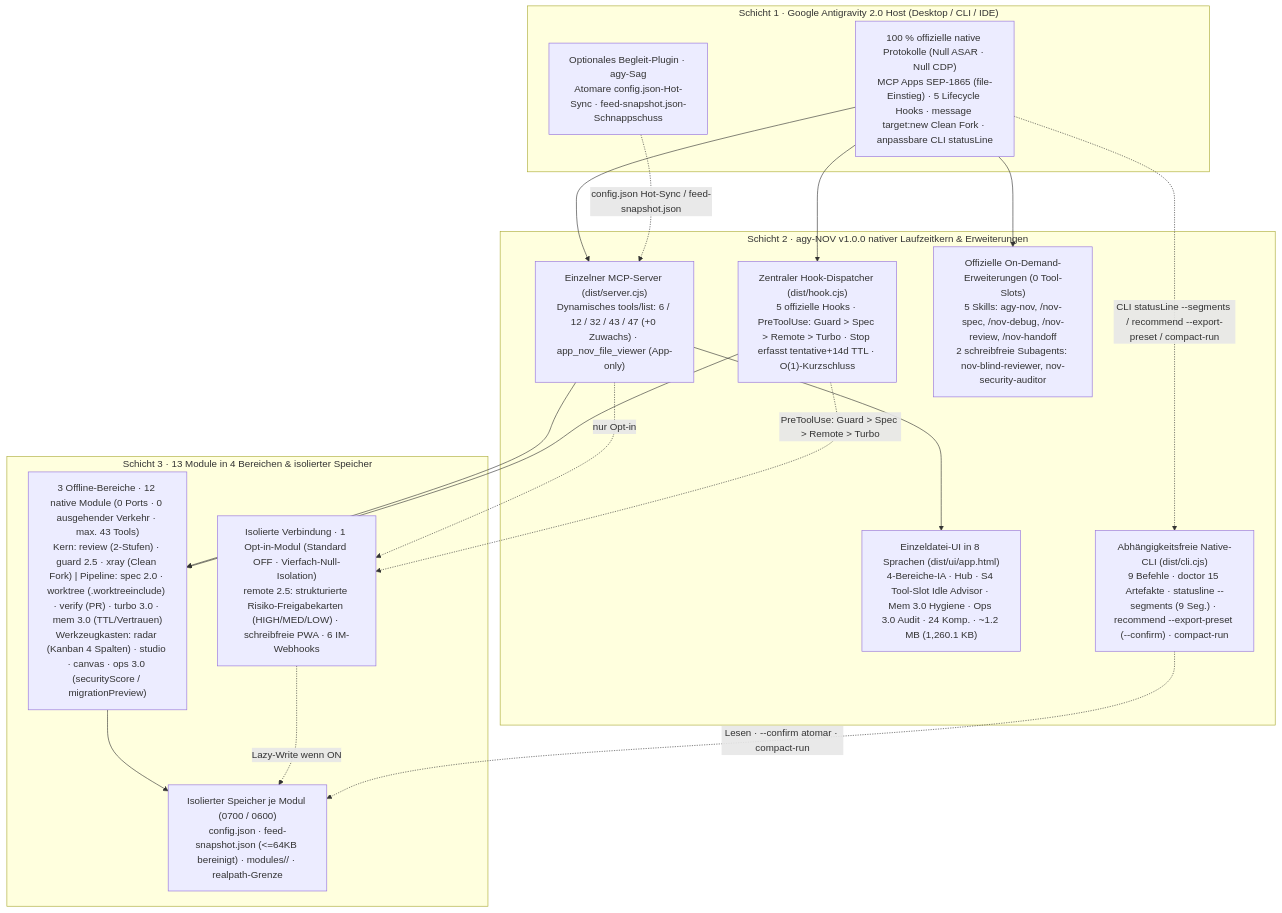
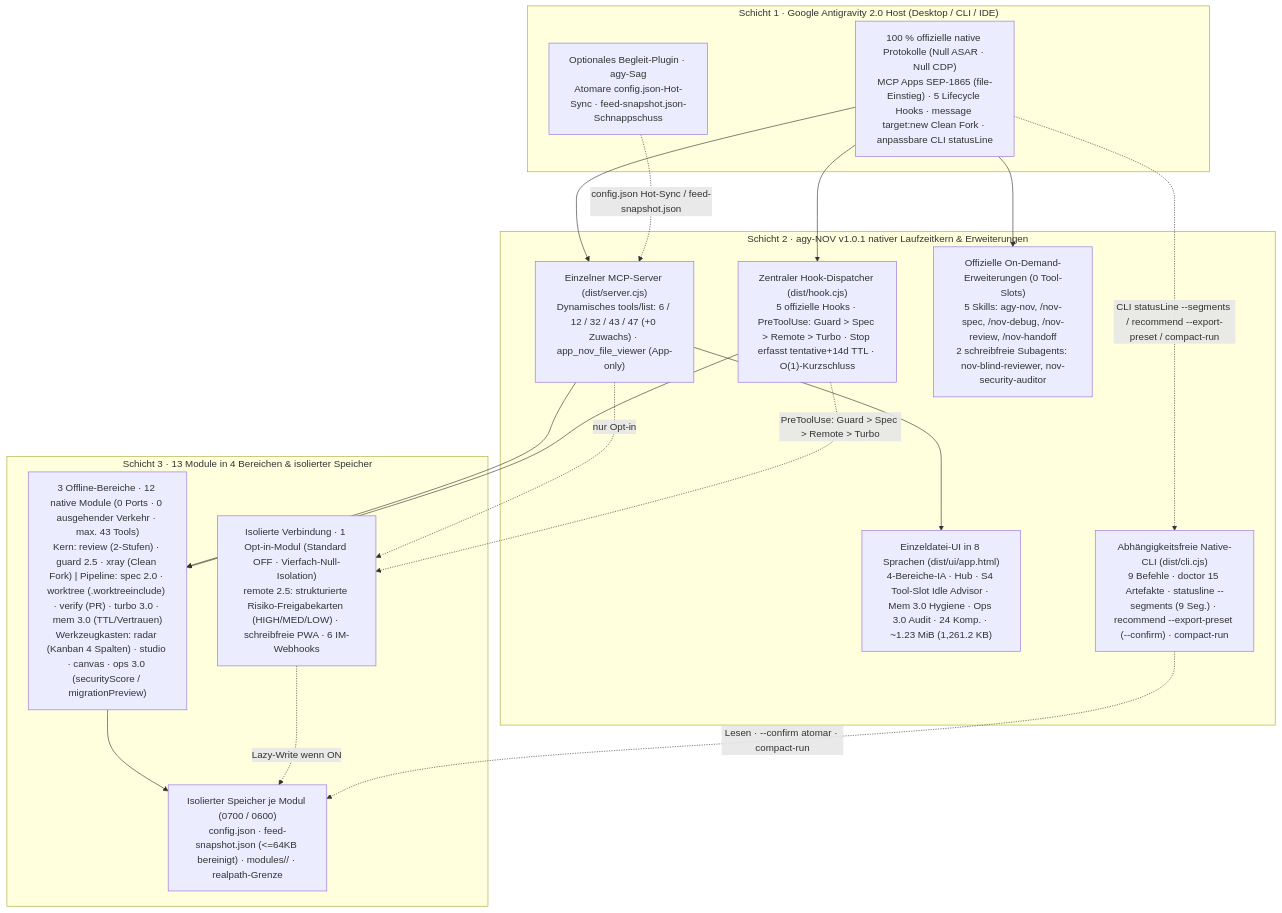
The diagram in docs/i18n/README.de.md (tone-leh/agy-NOV), drawn with Mermaid before and after one commit. The commit also changed other lines of this file and 69 other files, not shown here.

````diff
--- a/docs/i18n/README.de.md
+++ b/docs/i18n/README.de.md
@@ -237,35 +241,35 @@
 ```mermaid
 flowchart TB
   subgraph L1["Schicht 1 · Google Antigravity 2.0 Host (Desktop / CLI / IDE)"]
     Host["100 % offizielle native Protokolle (Null ASAR · Null CDP)\nMCP Apps SEP-1865 (file-Einstieg) · 5 Lifecycle Hooks · message target:new Clean Fork · anpassbare CLI statusLine"]
     Sag["Optionales Begleit-Plugin · agy-Sag\nAtomare config.json-Hot-Sync · feed-snapshot.json-Schnappschuss"]
   end
 
-  subgraph L2["Schicht 2 · agy-NOV v1.0.0 nativer Laufzeitkern & Erweiterungen"]
+  subgraph L2["Schicht 2 · agy-NOV v1.0.1 nativer Laufzeitkern & Erweiterungen"]
     MCP["Einzelner MCP-Server (dist/server.cjs)\nDynamisches tools/list: 6 / 12 / 32 / 43 / 47 (+0 Zuwachs) · app_nov_file_viewer (App-only)"]
     Hook["Zentraler Hook-Dispatcher (dist/hook.cjs)\n5 offizielle Hooks · PreToolUse: Guard > Spec > Remote > Turbo · Stop erfasst tentative+14d TTL · O(1)-Kurzschluss"]
-    UI["Einzeldatei-UI in 8 Sprachen (dist/ui/app.html)\n4-Bereiche-IA · Hub · S4 Tool-Slot Idle Advisor · Mem 3.0 Hygiene · Ops 3.0 Audit · 24 Komp. · ~1.2 MB (1,260.1 KB)"]
+    UI["Einzeldatei-UI in 8 Sprachen (dist/ui/app.html)\n4-Bereiche-IA · Hub · S4 Tool-Slot Idle Advisor · Mem 3.0 Hygiene · Ops 3.0 Audit · 24 Komp. · ~1.23 MiB (1,261.2 KB)"]
     Ext["Offizielle On-Demand-Erweiterungen (0 Tool-Slots)\n5 Skills: agy-nov, /nov-spec, /nov-debug, /nov-review, /nov-handoff\n2 schreibfreie Subagents: nov-blind-reviewer, nov-security-auditor"]
     CLI["Abhängigkeitsfreie Native-CLI (dist/cli.cjs)\n9 Befehle · doctor 15 Artefakte · statusline --segments (9 Seg.) · recommend --export-preset (--confirm) · compact-run"]
   end
 
   subgraph L3["Schicht 3 · 13 Module in 4 Bereichen & isolierter Speicher"]
     T1["3 Offline-Bereiche · 12 native Module (0 Ports · 0 ausgehender Verkehr · max. 43 Tools)\nKern: review (2-Stufen) · guard 2.5 · xray (Clean Fork) | Pipeline: spec 2.0 · worktree (.worktreeinclude) · verify (PR) · turbo 3.0 · mem 3.0 (TTL/Vertrauen)\nWerkzeugkasten: radar (Kanban 4 Spalten) · studio · canvas · ops 3.0 (securityScore / migrationPreview)"]
     T2R["Isolierte Verbindung · 1 Opt-in-Modul (Standard OFF · Vierfach-Null-Isolation)\nremote 2.5: strukturierte Risiko-Freigabekarten (HIGH/MED/LOW) · schreibfreie PWA · 6 IM-Webhooks"]
     Store["Isolierter Speicher je Modul (0700 / 0600)\nconfig.json · feed-snapshot.json (<=64KB bereinigt) · modules/<id>/ · realpath-Grenze"]
   end
 
   Host --> MCP
   Host --> Hook
   Host --> Ext
   Host -. "CLI statusLine --segments / recommend --export-preset / compact-run" .-> CLI
   Sag -. "config.json Hot-Sync / feed-snapshot.json" .-> MCP
   MCP --> UI
   MCP --> T1
   MCP -. "nur Opt-in" .-> T2R
   Hook --> T1
   Hook -. "PreToolUse: Guard > Spec > Remote > Turbo" .-> T2R
   T1 --> Store
   T2R -. "Lazy-Write wenn ON" .-> Store
   CLI -. "Lesen · --confirm atomar · compact-run" .-> Store
 ```
````
